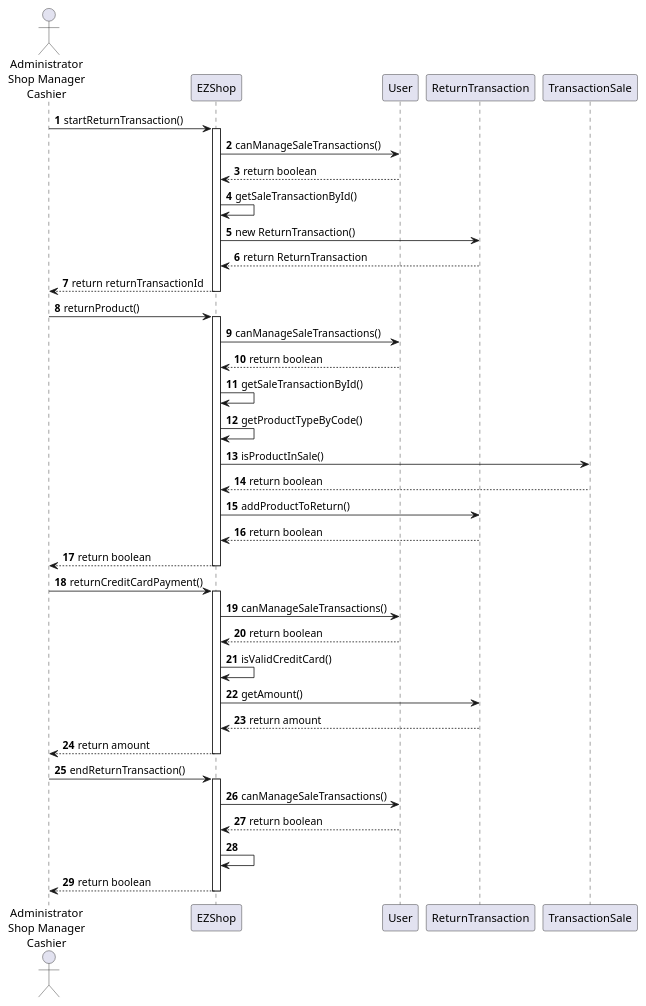
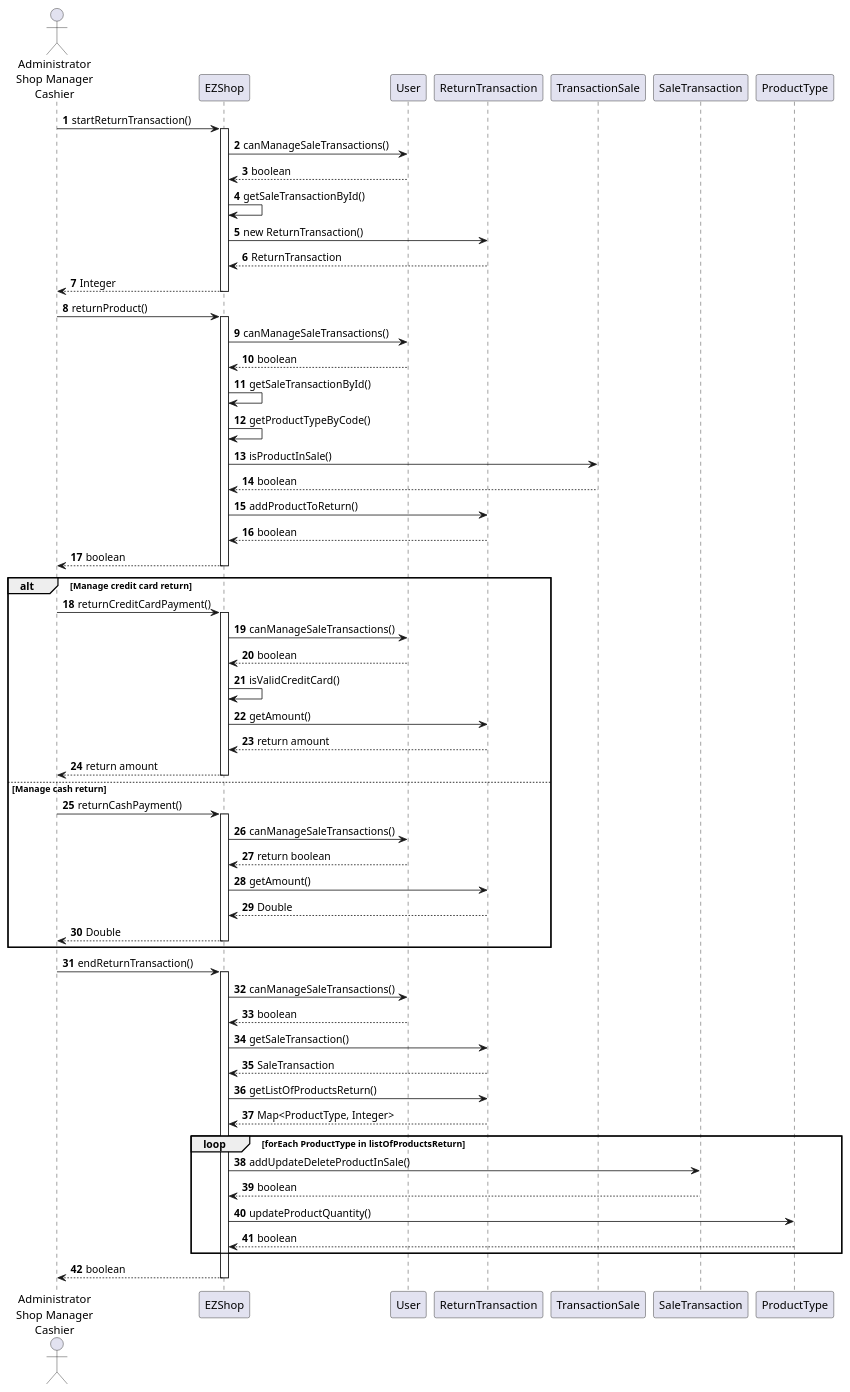
One commit to gioele-scaletta/EZShop-Software-Engineering-Project changed diagram 14 of 15 in Deliverables/DesignDocument.md. Above: the diagram before and after it, drawn with PlantUML. The commit also changed other lines of this file, not shown here.

Commit message:
docs: update sequence diagrams for UC 8 & 10

````diff
--- a/Deliverables/DesignDocument.md
+++ b/Deliverables/DesignDocument.md
@@ -566,45 +566,65 @@
 ```plantuml
 actor "Administrator\nShop Manager\nCashier" as user
 
 autonumber
 user -> EZShop : startReturnTransaction()
 activate  EZShop
 EZShop -> User : canManageSaleTransactions()
-EZShop <-- User : return boolean
+EZShop <-- User : boolean
 EZShop -> EZShop : getSaleTransactionById()
 EZShop -> ReturnTransaction : new ReturnTransaction()
-EZShop <-- ReturnTransaction : return ReturnTransaction
-user <-- EZShop : return returnTransactionId
+EZShop <-- ReturnTransaction : ReturnTransaction
+user <-- EZShop : Integer
 deactivate EZShop
 
 user -> EZShop : returnProduct()
 activate EZShop
 EZShop -> User : canManageSaleTransactions()
-EZShop <-- User : return boolean
+EZShop <-- User : boolean
 EZShop -> EZShop : getSaleTransactionById()
 EZShop -> EZShop : getProductTypeByCode()
 EZShop -> TransactionSale : isProductInSale()
-EZShop <-- TransactionSale : return boolean
+EZShop <-- TransactionSale : boolean
 EZShop -> ReturnTransaction : addProductToReturn()
-EZShop <-- ReturnTransaction : return boolean
-user <-- EZShop : return boolean
+EZShop <-- ReturnTransaction : boolean
+user <-- EZShop : boolean
 deactivate EZShop
 
-user -> EZShop : returnCreditCardPayment()
-activate EZShop
-EZShop -> User : canManageSaleTransactions()
-EZShop <-- User : return boolean
-EZShop -> EZShop : isValidCreditCard()
-EZShop -> ReturnTransaction : getAmount()
-EZShop <-- ReturnTransaction : return amount
-user <-- EZShop : return amount
-deactivate EZShop
+alt Manage credit card return
+    user -> EZShop : returnCreditCardPayment()
+    activate EZShop
+    EZShop -> User : canManageSaleTransactions()
+    EZShop <-- User : boolean
+    EZShop -> EZShop : isValidCreditCard()
+    EZShop -> ReturnTransaction : getAmount()
+    EZShop <-- ReturnTransaction : return amount
+    user <-- EZShop : return amount
+    deactivate EZShop
+else Manage cash return
+    user -> EZShop : returnCashPayment()
+    activate EZShop
+    EZShop -> User : canManageSaleTransactions()
+    EZShop <-- User : return boolean
+    EZShop -> ReturnTransaction : getAmount()
+    EZShop <-- ReturnTransaction : Double
+    user <-- EZShop : Double
+    deactivate EZShop
+end
 
 user -> EZShop : endReturnTransaction()
 activate EZShop
 EZShop -> User : canManageSaleTransactions()
-EZShop <-- User : return boolean
-EZShop -> EZShop
-user <-- EZShop : return boolean
+EZShop <-- User : boolean
+EZShop -> ReturnTransaction : getSaleTransaction()
+EZShop <-- ReturnTransaction : SaleTransaction
+EZShop -> ReturnTransaction : getListOfProductsReturn()
+EZShop <-- ReturnTransaction : Map<ProductType, Integer>
+loop forEach ProductType in listOfProductsReturn
+    EZShop -> SaleTransaction : addUpdateDeleteProductInSale()
+    EZShop <-- SaleTransaction : boolean
+    EZShop -> ProductType : updateProductQuantity()
+    EZShop <-- ProductType : boolean
+end
+user <-- EZShop: boolean
 deactivate EZShop
 ```
````
